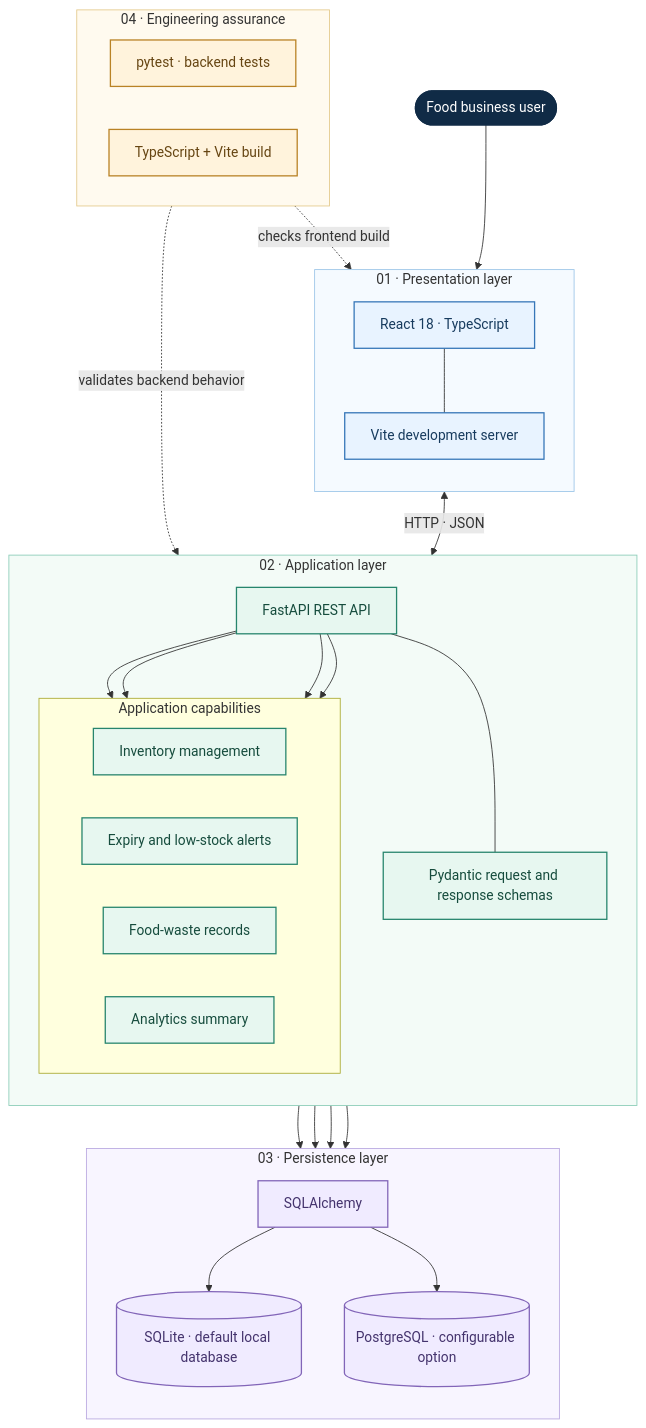
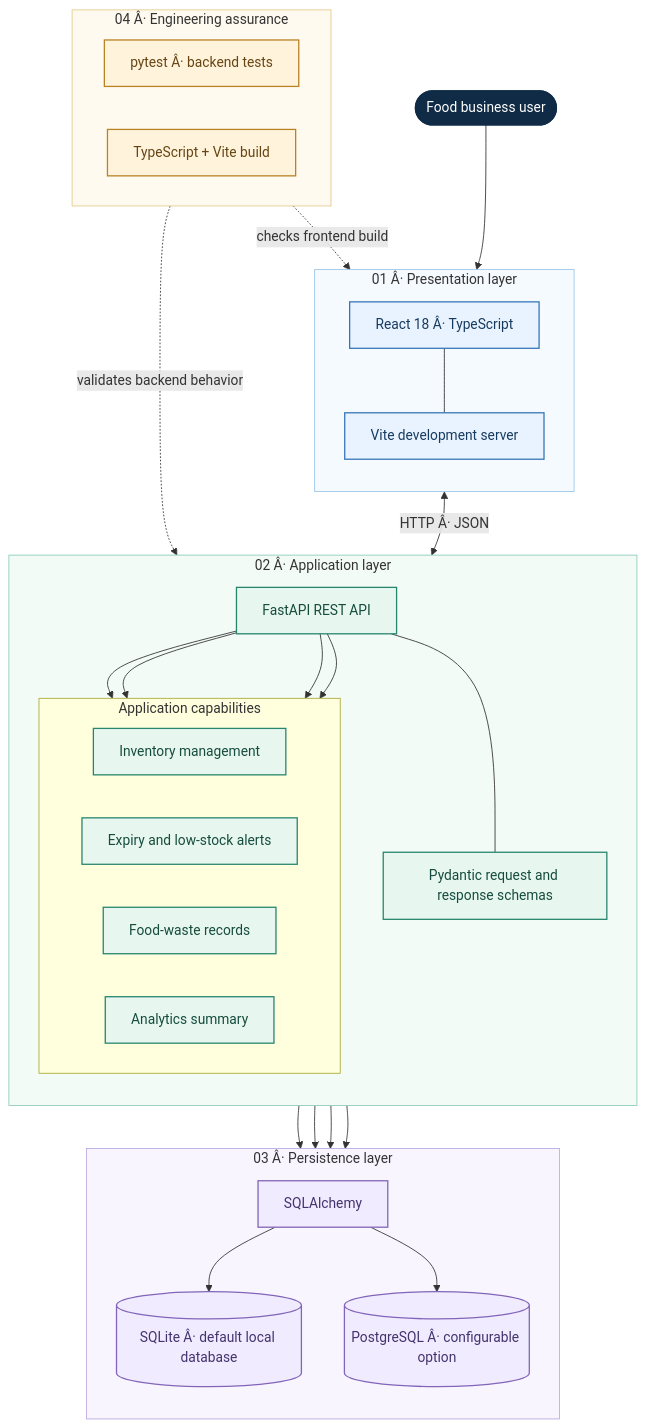
Before and after one commit to jcdumlao14/harvestguard-ai: the diagram in README.md, drawn with Mermaid. The commit also changed other lines of this file and 52 other files, not shown here.

````diff
--- a/README.md
+++ b/README.md
@@ -43,72 +43,72 @@
 ```mermaid
 flowchart TB
     USER(["Food business user"])
 
-    subgraph UI["01 · Presentation layer"]
+    subgraph UI["01 Â· Presentation layer"]
         direction TB
-        WEB["React 18 · TypeScript"]
+        WEB["React 18 Â· TypeScript"]
         VITE["Vite development server"]
         WEB --- VITE
     end
 
-    subgraph API["02 · Application layer"]
+    subgraph API["02 Â· Application layer"]
         direction TB
         FASTAPI["FastAPI REST API"]
         VALIDATE["Pydantic request and response schemas"]
 
         subgraph SERVICES["Application capabilities"]
             direction LR
             INV["Inventory management"]
             ALERT["Expiry and low-stock alerts"]
             WASTE["Food-waste records"]
             ANALYTICS["Analytics summary"]
         end
 
         FASTAPI --- VALIDATE
         FASTAPI --> INV
         FASTAPI --> ALERT
         FASTAPI --> WASTE
         FASTAPI --> ANALYTICS
     end
 
-    subgraph DATA["03 · Persistence layer"]
+    subgraph DATA["03 Â· Persistence layer"]
         direction TB
         ORM["SQLAlchemy"]
-        SQLITE[("SQLite · default local database")]
-        PG[("PostgreSQL · configurable option")]
+        SQLITE[("SQLite Â· default local database")]
+        PG[("PostgreSQL Â· configurable option")]
         ORM --> SQLITE
         ORM --> PG
     end
 
-    subgraph QUALITY["04 · Engineering assurance"]
+    subgraph QUALITY["04 Â· Engineering assurance"]
         direction LR
-        PYTEST["pytest · backend tests"]
+        PYTEST["pytest Â· backend tests"]
         BUILD["TypeScript + Vite build"]
     end
 
     USER --> WEB
-    WEB <-->|"HTTP · JSON"| FASTAPI
+    WEB <-->|"HTTP Â· JSON"| FASTAPI
     INV --> ORM
     ALERT --> ORM
     WASTE --> ORM
     ANALYTICS --> ORM
     PYTEST -. "validates backend behavior" .-> FASTAPI
     BUILD -. "checks frontend build" .-> WEB
 
     classDef presentation fill:#E8F3FF,stroke:#3676B8,color:#173B5E,stroke-width:1.5px
     classDef application fill:#E7F7F0,stroke:#27856D,color:#164C3D,stroke-width:1.5px
     classDef persistence fill:#F0EBFF,stroke:#8265B8,color:#44336D,stroke-width:1.5px
     classDef quality fill:#FFF3DC,stroke:#B98225,color:#664512,stroke-width:1.5px
     classDef user fill:#102B46,stroke:#102B46,color:#FFFFFF,stroke-width:2px
 
     class USER user
     class WEB,VITE presentation
     class FASTAPI,VALIDATE,INV,ALERT,WASTE,ANALYTICS application
     class ORM,SQLITE,PG persistence
     class PYTEST,BUILD quality
 
     style UI fill:#F5FAFF,stroke:#9CC5E8,stroke-width:1px
     style API fill:#F3FBF7,stroke:#8BCDB8,stroke-width:1px
     style DATA fill:#F8F5FF,stroke:#B9A8E0,stroke-width:1px
     style QUALITY fill:#FFFAEF,stroke:#E4C98C,stroke-width:1px
 ```
````
